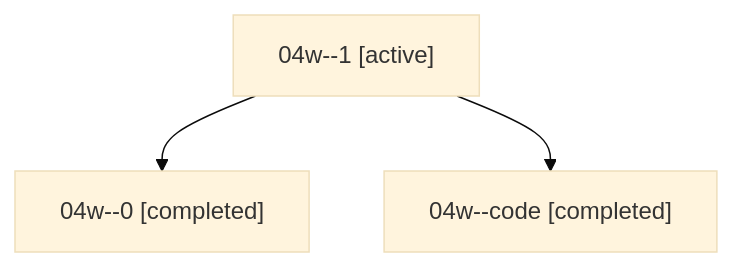
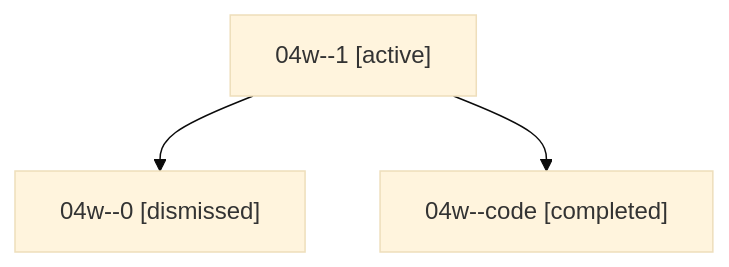
Before and after one commit to bobs-org/bob-cli--agents: the diagram in families/bbugyi200.athena.04w.md, drawn with Mermaid (base theme). The commit also changed other lines of this file and 72 other files, not shown here.

````diff
--- a/families/bbugyi200.athena.04w.md
+++ b/families/bbugyi200.athena.04w.md
@@ -9,8 +9,8 @@
 ```mermaid
 flowchart TD
   n0["04w--1 [active]"]
-  n1["04w--0 [completed]"]
+  n1["04w--0 [dismissed]"]
   n0 --> n1
   n2["04w--code [completed]"]
   n0 --> n2
 ```
````
